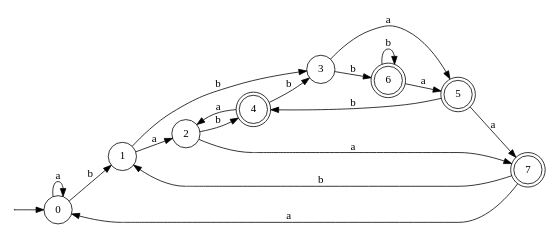
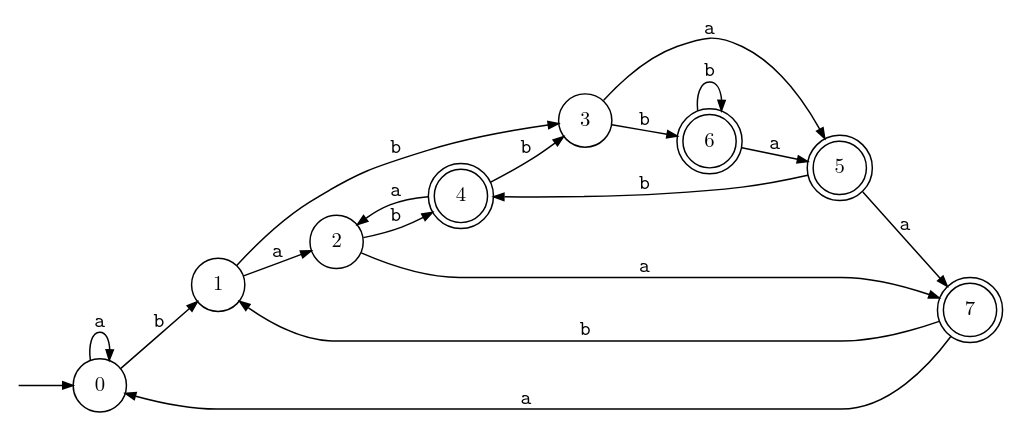
One commit to karlstroetmann/Formal-Languages changed the diagram in Lecture-Notes/Abbildungen/abstarbabab.dot. Above: the diagram before and after it, drawn with Graphviz. The commit also changed other lines of this file and 57 other files, not shown here.

First line of the commit message:
Redraw the remaining EPS figures of the lecture notes as PDFs

```diff
--- a/Lecture-Notes/Abbildungen/abstarbabab.dot
+++ b/Lecture-Notes/Abbildungen/abstarbabab.dot
@@ -1,35 +1,34 @@
-digraph G {    
-    shape   = circle;
-    rankdir = LR;
-    size    = "5,7";
-
-    start [label="",width=0.00001,height=0.00001];
+digraph G {
+    // The states are labelled in Latin Modern Math, like $q_0$ in the lecture
+    // notes, the transitions in Latin Modern Mono, like \texttt{a}.
+    rankdir=LR;
+    node [shape=circle, fixedsize=true, width=0.5,
+          fontname="Latin Modern Math", fontsize=14];
+    edge [fontname="Latin Modern Mono", fontsize=14, arrowsize=0.7];
+    start [shape=none, label="", width=0, height=0];
 
     start -> 0;
-    0 [label = "0", shape = circle];
-    1 [label = "1", shape = circle];
-    2 [label = "2", shape = circle];
-    3 [label = "3", shape = circle];
-    4 [label = "4", shape = circle, peripheries = 2];
-    5 [label = "5", shape = circle, peripheries = 2];
-    6 [label = "6", shape = circle, peripheries = 2];
-    7 [label = "7", shape = circle, peripheries = 2];
+    0; 1; 2; 3;
+    4 [shape=doublecircle];
+    5 [shape=doublecircle];
+    6 [shape=doublecircle];
+    7 [shape=doublecircle];
 
-    0 -> 0 [label = "a"]
-    6 -> 6 [label = "b"]
+    0 -> 0 [label="a"];
+    6 -> 6 [label="b"];
 
-    0 -> 1 [label = "b"]
-    1 -> 2 [label = "a"]
-    1 -> 3 [label = "b"]
-    2 -> 4 [label = "b"]
-    2 -> 7 [label = "a"]
-    3 -> 5 [label = "a"]
-    3 -> 6 [label = "b"]
-    4 -> 2 [label = "a"]
-    4 -> 3 [label = "b"]
-    5 -> 4 [label = "b"]
-    5 -> 7 [label = "a"]
-    6 -> 5 [label = "a"]
-    7 -> 1 [label = "b"]
-    7 -> 0 [label = "a"]
+    0 -> 1 [label="b"];
+    1 -> 2 [label="a"];
+    1 -> 3 [label="b"];
+    2 -> 4 [label="b"];
+    2 -> 7 [label="a"];
+    3 -> 5 [label="a"];
+    3 -> 6 [label="b"];
+    4 -> 2 [label="a"];
+    4 -> 3 [label="b"];
+    5 -> 4 [label="b"];
+    5 -> 7 [label="a"];
+    6 -> 5 [label="a"];
+    7 -> 1 [label="b"];
+    7 -> 0 [label="a"];
 }
```
